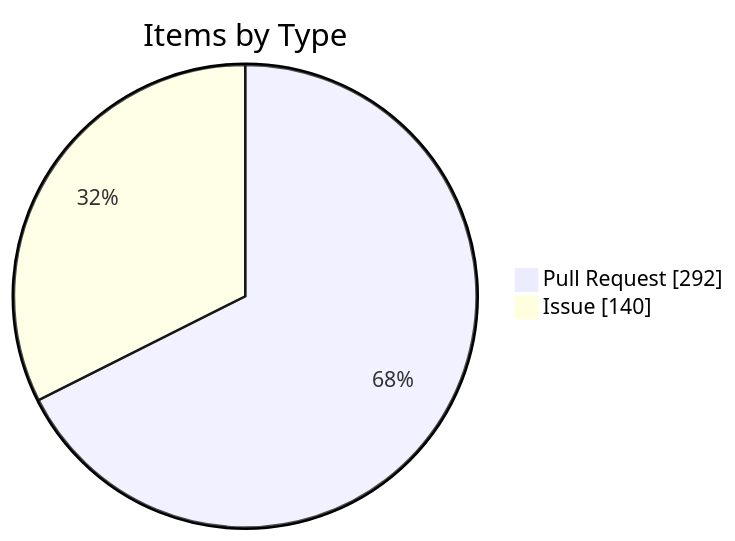
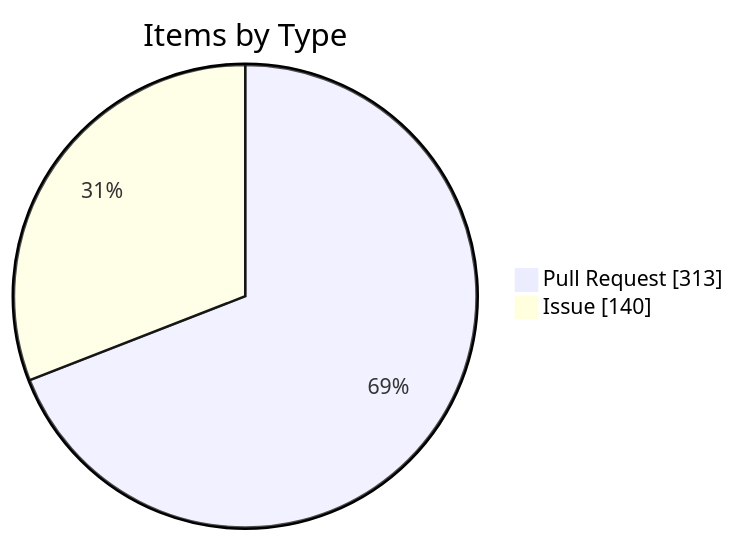
Before and after one commit to KBVE/kbve: the fourth of 4 diagrams in apps/kbve/astro-kbve/src/content/docs/dashboard/kanban-data.mdx, drawn with Mermaid. The commit also changed other lines of this file and 2 other files, not shown here.

````diff
--- a/apps/kbve/astro-kbve/src/content/docs/dashboard/kanban-data.mdx
+++ b/apps/kbve/astro-kbve/src/content/docs/dashboard/kanban-data.mdx
@@ -246,6 +246,6 @@
 ```mermaid
 pie showData
     title Items by Type
-    "Pull Request" : 292
+    "Pull Request" : 313
     "Issue" : 140
 ```
````
